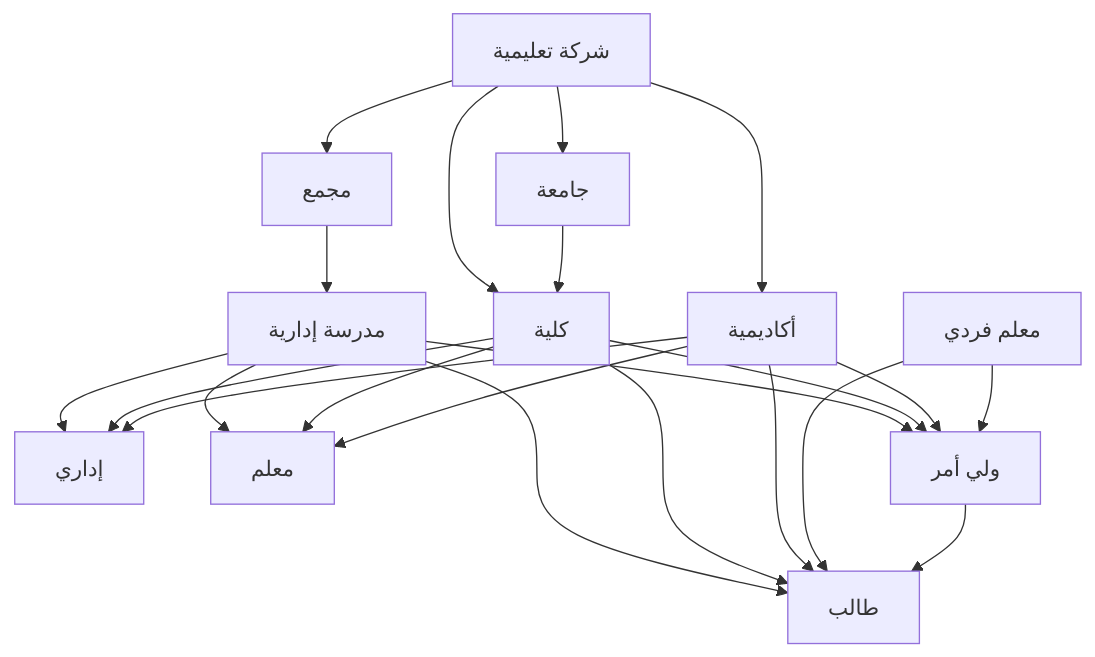
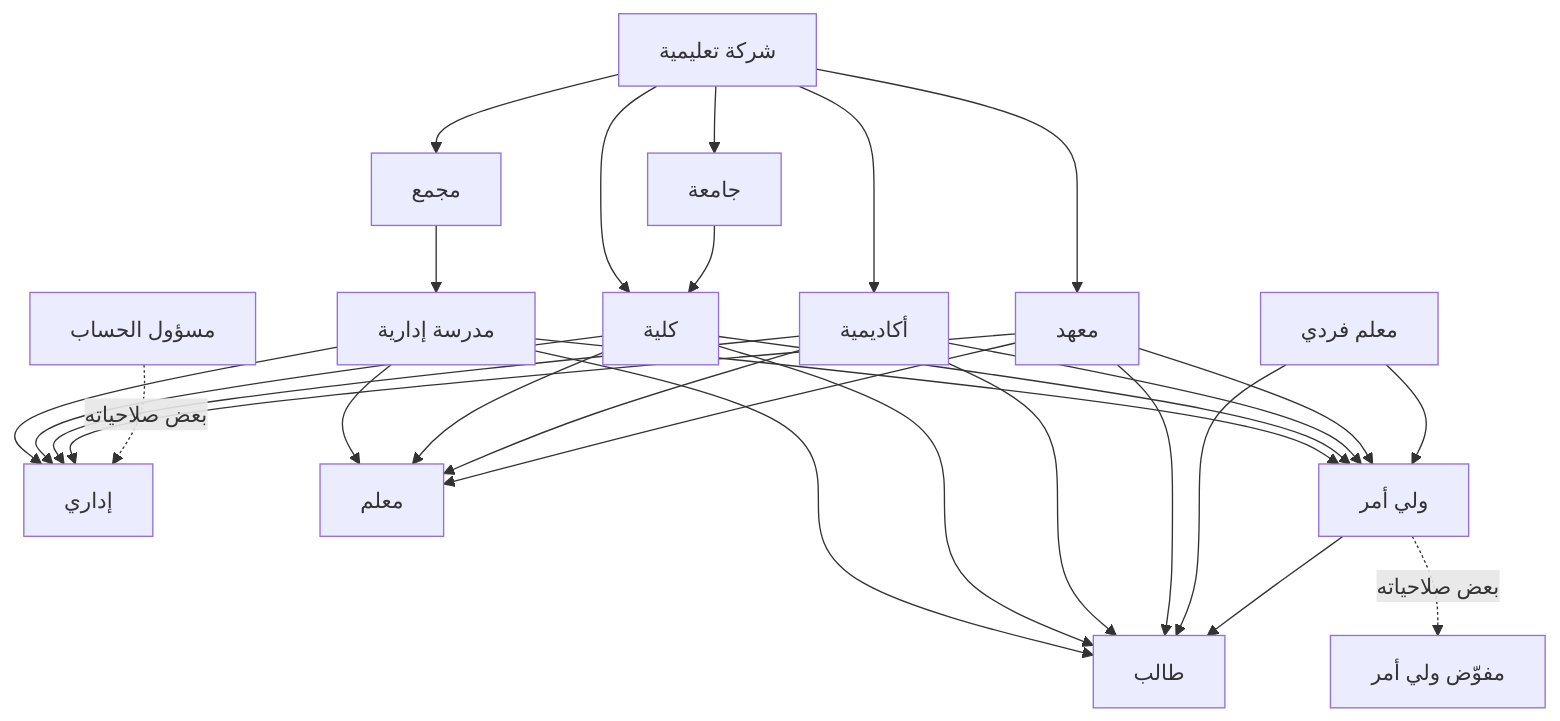
The diagram in docs/groups/role-hierarchy.md (TahdirIT/okta-docs), drawn with Mermaid before and after one commit. The commit also changed other lines of this file, not shown here.

First line of the commit message:
docs(groups): add institute as operating entity + role derivation

````diff
--- a/docs/groups/role-hierarchy.md
+++ b/docs/groups/role-hierarchy.md
@@ -48,44 +62,57 @@
 ```mermaid
 graph TD
   COMPANY["شركة تعليمية"]
   COMPLEX["مجمع"]
   UNI["جامعة"]
   ACADEMY["أكاديمية"]
+  INSTITUTE["معهد"]
   SOLO["معلم فردي"]
   SCHOOL["مدرسة إدارية"]
   COLLEGE["كلية"]
+  OWNER["مسؤول الحساب"]
   ADMIN["إداري"]
   TEACHER["معلم"]
   GUARDIAN["ولي أمر"]
+  DELEGATE["مفوّض ولي أمر"]
   STUDENT["طالب"]
 
   %% احتواء الكيانات
   COMPANY --> COMPLEX
   COMPANY --> UNI
   COMPANY --> ACADEMY
   COMPANY --> COLLEGE
+  COMPANY --> INSTITUTE
   COMPLEX --> SCHOOL
   UNI --> COLLEGE
 
   %% الجهات التشغيلية تدير المستخدمين
   SCHOOL --> ADMIN
   SCHOOL --> TEACHER
   SCHOOL --> GUARDIAN
   SCHOOL --> STUDENT
 
   COLLEGE --> ADMIN
   COLLEGE --> TEACHER
   COLLEGE --> GUARDIAN
   COLLEGE --> STUDENT
 
   ACADEMY --> ADMIN
   ACADEMY --> TEACHER
   ACADEMY --> GUARDIAN
   ACADEMY --> STUDENT
 
+  INSTITUTE --> ADMIN
+  INSTITUTE --> TEACHER
+  INSTITUTE --> GUARDIAN
+  INSTITUTE --> STUDENT
+
   SOLO --> GUARDIAN
   SOLO --> STUDENT
 
   %% داخل الأدوار
   GUARDIAN --> STUDENT
+
+  %% اشتقاق الأدوار بتفويض جزء من الصلاحيات
+  OWNER -.->|بعض صلاحياته| ADMIN
+  GUARDIAN -.->|بعض صلاحياته| DELEGATE
 ```
````
